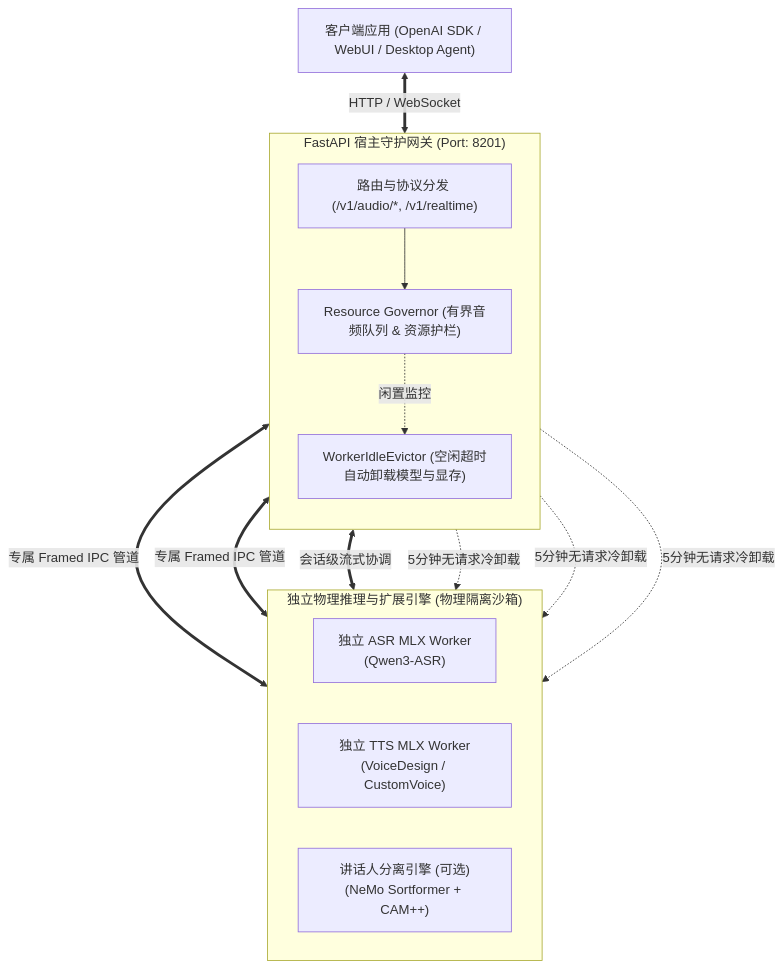
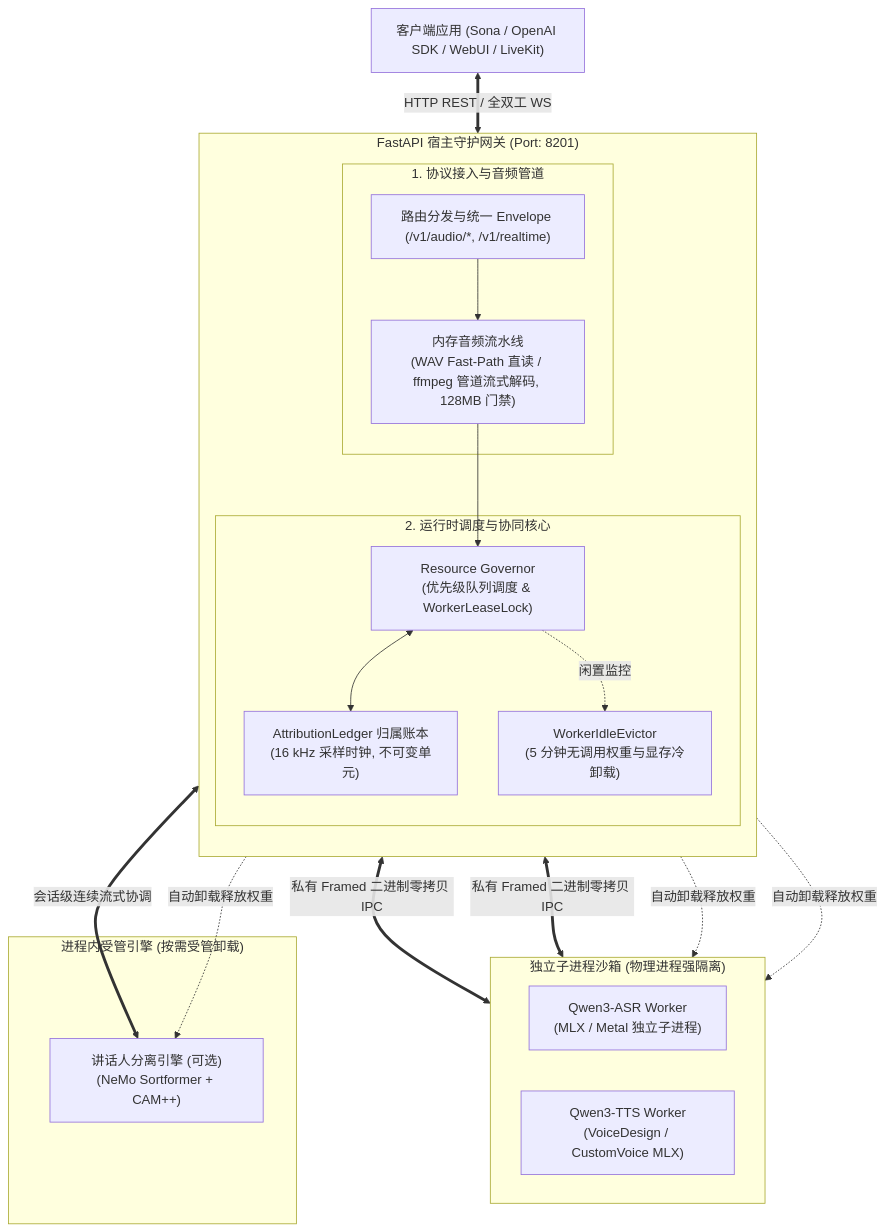
One commit to hrygo/SpeechRail changed the diagram in README.zh-CN.md. Above: the diagram before and after it, drawn with Mermaid. The commit also changed other lines of this file and 5 other files, not shown here.

````diff
--- a/README.zh-CN.md
+++ b/README.zh-CN.md
@@ -329,28 +329,38 @@
 ```mermaid
 flowchart TD
-    Client["客户端应用 (OpenAI SDK / WebUI / Desktop Agent)"]
+    Client["客户端应用 (Sona / OpenAI SDK / WebUI / LiveKit)"]
 
     subgraph HostService["FastAPI 宿主守护网关 (Port: 8201)"]
         direction TB
-        Router["路由与协议分发 (/v1/audio/*, /v1/realtime)"]
-        Governor["Resource Governor (有界音频队列 & 资源护栏)"]
-        Evictor["WorkerIdleEvictor (空闲超时自动卸载模型与显存)"]
-        Router --> Governor
+        subgraph Ingress["1. 协议接入与音频管道"]
+            Router["路由分发与统一 Envelope (/v1/audio/*, /v1/realtime)"]
+            Pipeline["内存音频流水线\n(WAV Fast-Path 直读 / ffmpeg 管道流式解码, 128MB 门禁)"]
+        end
+        subgraph Core["2. 运行时调度与协同核心"]
+            Governor["Resource Governor\n(优先级队列调度 & WorkerLeaseLock)"]
+            Ledger["AttributionLedger 归属账本\n(16 kHz 采样时钟, 不可变单元)"]
+            Evictor["WorkerIdleEvictor\n(5 分钟无调用权重与显存冷卸载)"]
+        end
+        Router --> Pipeline --> Governor
+        Governor <--> Ledger
         Governor -. 闲置监控 .-> Evictor
     end
 
-    subgraph Workers["独立物理推理与扩展引擎 (物理隔离沙箱)"]
+    subgraph SubprocessSandboxes["独立子进程沙箱 (物理进程强隔离)"]
         direction LR
-        ASRWorker["独立 ASR MLX Worker\n(Qwen3-ASR)"]
-        TTSWorker["独立 TTS MLX Worker\n(VoiceDesign / CustomVoice)"]
+        ASRWorker["Qwen3-ASR Worker\n(MLX / Metal 独立子进程)"]
+        TTSWorker["Qwen3-TTS Worker\n(VoiceDesign / CustomVoice MLX)"]
+    end
+
+    subgraph InServiceEngine["进程内受管引擎 (按需受管卸载)"]
         DiarizeEngine["讲话人分离引擎 (可选)\n(NeMo Sortformer + CAM++)"]
     end
 
-    Client <== "HTTP / WebSocket" ==> Router
-    Governor <== "专属 Framed IPC 管道" ==> ASRWorker
-    Governor <== "专属 Framed IPC 管道" ==> TTSWorker
-    Governor <== "会话级流式协调" ==> DiarizeEngine
-    Evictor -. 5分钟无请求冷卸载 .-> ASRWorker
-    Evictor -. 5分钟无请求冷卸载 .-> TTSWorker
-    Evictor -. 5分钟无请求冷卸载 .-> DiarizeEngine
+    Client <== "HTTP REST / 全双工 WS" ==> Router
+    Governor <== "私有 Framed 二进制零拷贝 IPC" ==> ASRWorker
+    Governor <== "私有 Framed 二进制零拷贝 IPC" ==> TTSWorker
+    Governor <== "会话级连续流式协调" ==> DiarizeEngine
+    Evictor -. 自动卸载释放权重 .-> ASRWorker
+    Evictor -. 自动卸载释放权重 .-> TTSWorker
+    Evictor -. 自动卸载释放权重 .-> DiarizeEngine
 ```
````
